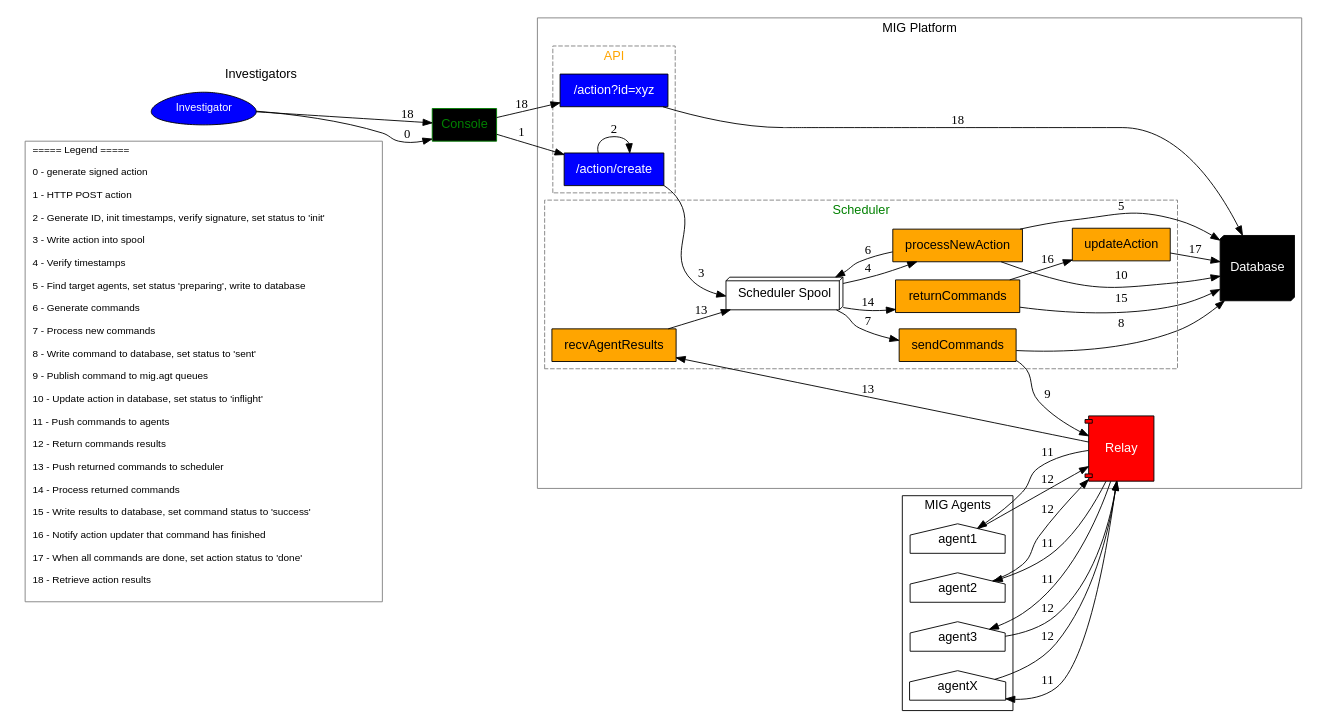
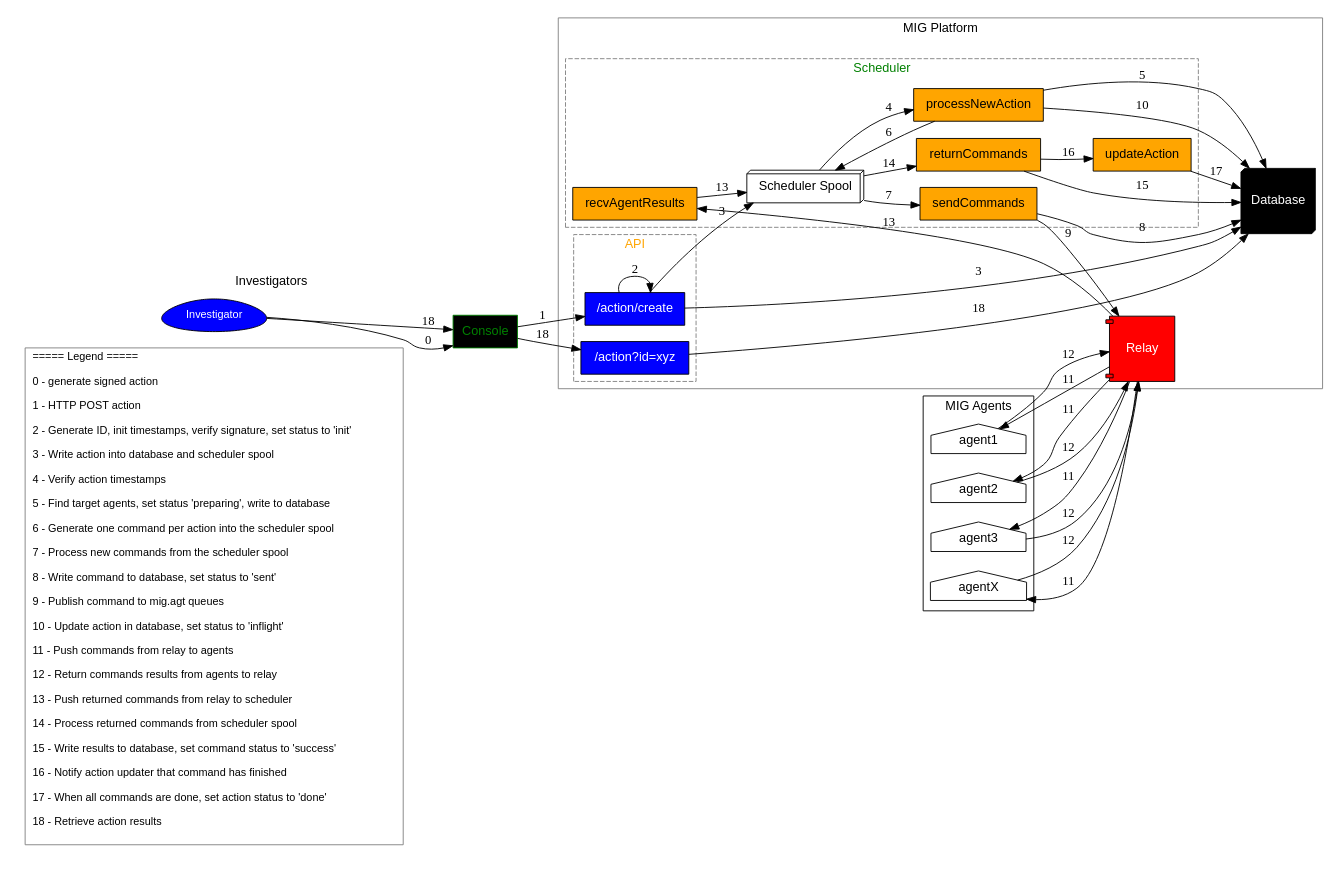
One commit to mozilla/mig changed the diagram in doc/.files/action_command_flow.dot. Above: the diagram before and after it, drawn with Graphviz. The commit also changed 3 other files, not shown here.

Commit message:
[doc] increase diagram size

```diff
--- a/doc/.files/action_command_flow.dot
+++ b/doc/.files/action_command_flow.dot
@@ -1,79 +1,80 @@
 // generate with dot -Tsvg -o action_command_flow.svg action_command_flow.dot
 digraph mig {
     fontname="Helvetica";
     rankdir=LR;
     bgcolor=white;
     subgraph cluster_investigator {
         label="Investigators"
         color=white;
         "Investigator"[shape=egg label="Investigator" fontsize=12 fontcolor=white penwidth=1 style=filled fillcolor=blue fontname="Helvetica"];
         "Console"[shape=box label="Console" color=green style=filled fillcolor=black fontcolor=green fontname="Helvetica"];
-        "Legend"[shape=box color=gray fontcolor=black fontname="Helvetica" fontsize=11
+        "Legend"[shape=box color=gray fontcolor=black fontname="Helvetica" fontsize=12
             label="===== Legend =====\l
 0 - generate signed action\l
 1 - HTTP POST action\l
 2 - Generate ID, init timestamps, verify signature, set status to 'init'\l
-3 - Write action into spool\l
-4 - Verify timestamps\l
+3 - Write action into database and scheduler spool\l
+4 - Verify action timestamps\l
 5 - Find target agents, set status 'preparing', write to database\l
-6 - Generate commands\l
-7 - Process new commands\l
+6 - Generate one command per action into the scheduler spool\l
+7 - Process new commands from the scheduler spool\l
 8 - Write command to database, set status to 'sent'\l
 9 - Publish command to mig.agt queues\l
 10 - Update action in database, set status to 'inflight'\l
-11 - Push commands to agents\l
-12 - Return commands results\l
-13 - Push returned commands to scheduler\l
-14 - Process returned commands\l
+11 - Push commands from relay to agents\l
+12 - Return commands results from agents to relay\l
+13 - Push returned commands from relay to scheduler\l
+14 - Process returned commands from scheduler spool\l
 15 - Write results to database, set command status to 'success'\l
 16 - Notify action updater that command has finished\l
 17 - When all commands are done, set action status to 'done'\l
 18 - Retrieve action results\l
 "];
     }
     subgraph cluster_platform {
         label="MIG Platform" style=solid color=gray fontcolor=black;
         subgraph cluster_api {
             label="API" style=dashed color=gray fontcolor=orange;
             "/action/create"[shape=box label="/action/create" color=black style=filled fillcolor=blue fontcolor=white fontname="Helvetica"];
             "/action?id=xyz"[shape=box label="/action?id=xyz" color=black style=filled fillcolor=blue fontcolor=white fontname="Helvetica"];
         }
         subgraph cluster_scheduler {
             label="Scheduler" style=dashed color=gray fontcolor=green;
             "SchedulerSpool"[shape=box3d label="Scheduler Spool" color=black style=filled fillcolor=white fontname="Helvetica"];
             "processNewAction"[shape=box label="processNewAction" color=black style=filled fillcolor=orange fontname="Helvetica"];
             "sendCommands"[shape=box label="sendCommands" color=black style=filled fillcolor=orange fontname="Helvetica"];
             "recvAgentResults"[shape=box label="recvAgentResults" color=black style=filled fillcolor=orange fontname="Helvetica"];
             "returnCommands"[shape=box label="returnCommands" color=black style=filled fillcolor=orange fontname="Helvetica"];
             "updateAction"[shape=box label="updateAction" color=black style=filled fillcolor=orange fontname="Helvetica"];
         }
         "Database"[shape=box3d label="Database" color=black style=filled fillcolor=black fontcolor=white fontname="Helvetica" width=1 height=1];
         "Relay"[shape=component label="Relay" color=black style=filled fillcolor=red fontcolor=white fontname="Helvetica" width=1 height=1];
     }
     subgraph cluster_agents {
         label="MIG Agents"
         "agent1"[shape=house label="agent1" color=black style=filled fillcolor=white fontname="Helvetica"];
         "agent2"[shape=house label="agent2" color=black style=filled fillcolor=white fontname="Helvetica"];
         "agent3"[shape=house label="agent3" color=black style=filled fillcolor=white fontname="Helvetica"];
         "agentX"[shape=house label="agentX" color=black style=filled fillcolor=white fontname="Helvetica"];
     }
     "Investigator" -> {"Console"}[label="0"];
     "Console"->"/action/create"[label="1"];
     "/action/create"->"/action/create"[label="2"];
+    "/action/create"->"Database"[label="3"];
     "/action/create"->"SchedulerSpool"[label="3"];
     "SchedulerSpool"->"processNewAction"[label="4"];
     "processNewAction"->"Database"[label="5"];
     "processNewAction"->"SchedulerSpool"[label="6"];
     "SchedulerSpool"->"sendCommands"[label="7"];
     "sendCommands"->"Database"[label="8"];
     "sendCommands"->"Relay"[label="9"];
     "processNewAction"->"Database"[label="10"];
     "Relay"->{"agent1", "agent2", "agent3", "agentX"}[label="11"];
     {"agent1", "agent2", "agent3", "agentX"} -> "Relay"[label="12"];
     "Relay"->"recvAgentResults"->"SchedulerSpool"[label="13"];
     "SchedulerSpool"->"returnCommands"[label="14"];
     "returnCommands"->"Database"[label="15"];
     "returnCommands"->"updateAction"[label="16"];
     "updateAction"->"Database"[label="17"];
     "Investigator"->"Console"->"/action?id=xyz"->"Database"[label="18"]
 }
```
